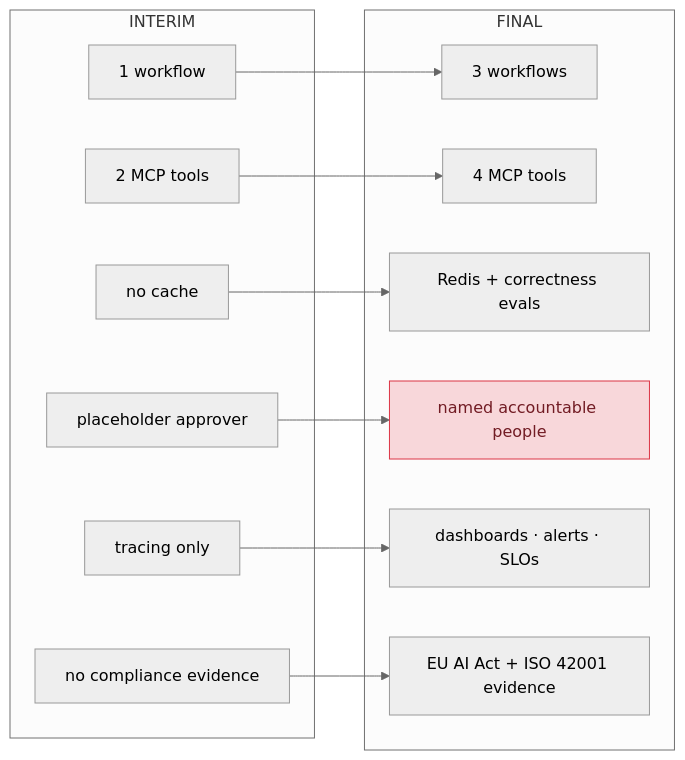
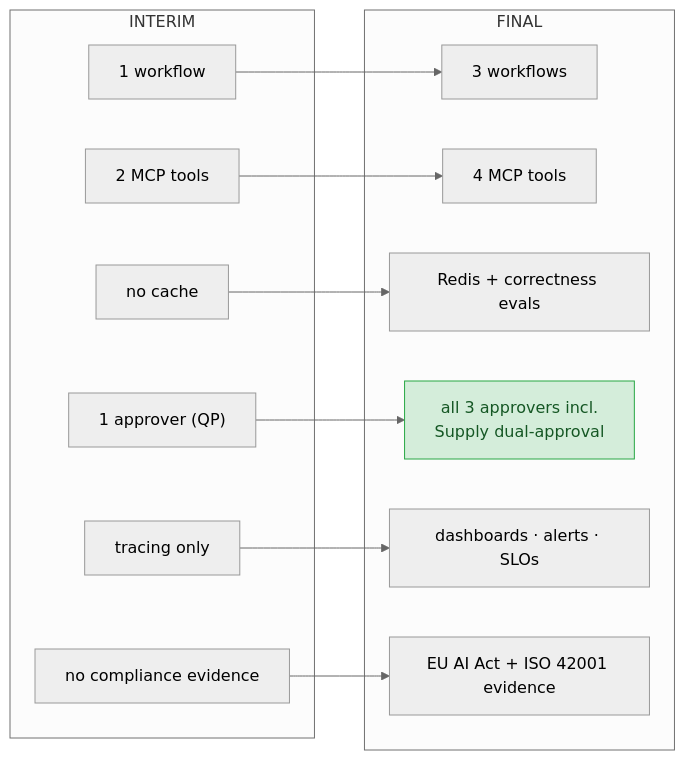
Before and after one commit to VenkataDineshPuranam/Team3_AEGIS_Pharma_Capstone_AgenticV2: the second of 3 diagrams in workshop/participant-output/08-graphical/final_state.md, drawn with Mermaid (neutral theme). The commit also changed other lines of this file and 26 other files, not shown here.

````diff
--- a/workshop/participant-output/08-graphical/final_state.md
+++ b/workshop/participant-output/08-graphical/final_state.md
@@ -81,28 +81,28 @@
 ```mermaid
 flowchart LR
     subgraph I["INTERIM"]
         I1["1 workflow"]
         I2["2 MCP tools"]
         I3["no cache"]
-        I4["placeholder approver"]
+        I4["1 approver (QP)"]
         I5["tracing only"]
         I6["no compliance evidence"]
     end
     subgraph F["FINAL"]
         F1["3 workflows"]
         F2["4 MCP tools"]
         F3["Redis + correctness evals"]
-        F4["named accountable people"]
+        F4["all 3 approvers incl.<br/>Supply dual-approval"]
         F5["dashboards · alerts · SLOs"]
         F6["EU AI Act + ISO 42001 evidence"]
     end
     I1 --> F1
     I2 --> F2
     I3 --> F3
     I4 --> F4
     I5 --> F5
     I6 --> F6
 
-    classDef gated fill:#f8d7da,stroke:#dc3545,color:#721c24
+    classDef gated fill:#d4edda,stroke:#28a745,color:#155724
     class F4 gated
 ```
````
